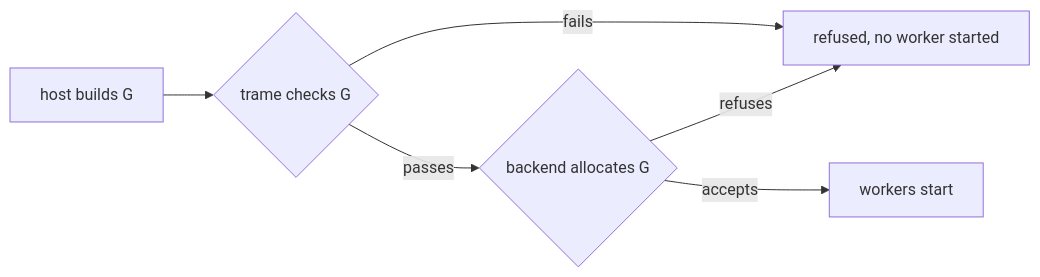
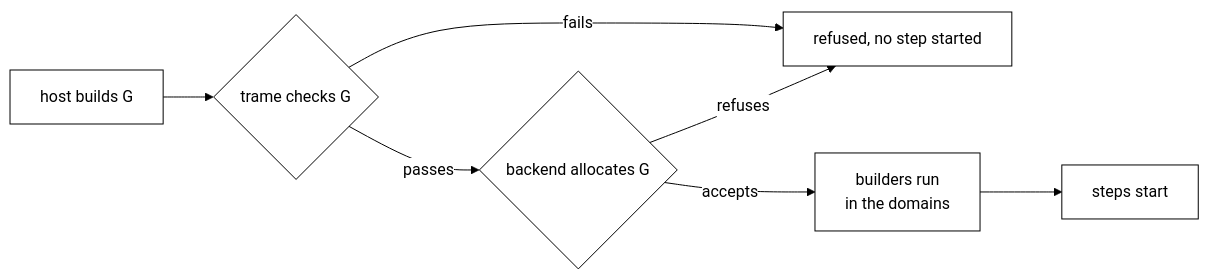
One commit to PKD667/trame changed the fifth of 10 diagrams in spec.md. Above: the diagram before and after it, drawn with Mermaid. The commit also changed other lines of this file and 16 other files, not shown here.

````diff
--- a/spec.md
+++ b/spec.md
@@ -234,8 +253,10 @@
 ```mermaid
+%%{init: {'theme':'base','themeVariables':{'primaryColor':'#ffffff','primaryTextColor':'#000000','primaryBorderColor':'#000000','lineColor':'#000000','secondaryColor':'#ffffff','tertiaryColor':'#ffffff','clusterBkg':'#ffffff','clusterBorder':'#000000','edgeLabelBackground':'#ffffff','actorBkg':'#ffffff','actorBorder':'#000000','actorTextColor':'#000000','actorLineColor':'#000000','signalColor':'#000000','signalTextColor':'#000000','noteBkgColor':'#ffffff','noteBorderColor':'#000000','noteTextColor':'#000000','labelBoxBkgColor':'#ffffff','labelBoxBorderColor':'#000000','fontFamily':'monospace'},'themeCSS':'rect.actor,rect.note,.note rect,.statediagram-note rect{fill:#fff!important;stroke:#000!important} line,.actor-line{stroke:#000!important} .arrowheadPath,marker path{fill:#000!important;stroke:#000!important} circle.state-end{stroke:#000!important} text,.noteText,.state-note text{fill:#000!important}'}}%%
 flowchart LR
   g["host builds G"] --> t{"trame checks G"}
-  t -- fails --> no["refused, no worker started"]
+  t -- fails --> no["refused, no step started"]
   t -- passes --> b{"backend allocates G"}
   b -- refuses --> no
-  b -- accepts --> go["workers start"]
+  b -- accepts --> bu["builders run<br/>in the domains"]
+  bu --> go["steps start"]
 ```
````
